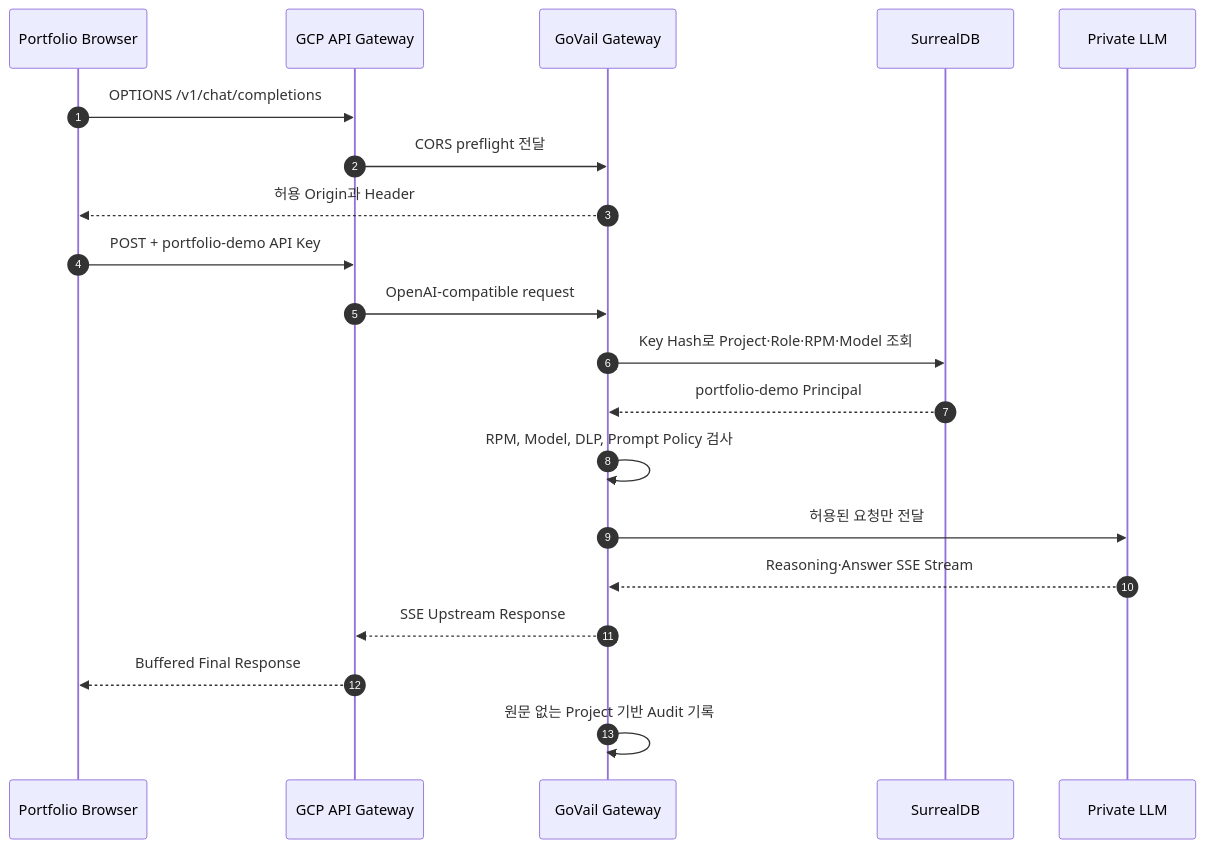
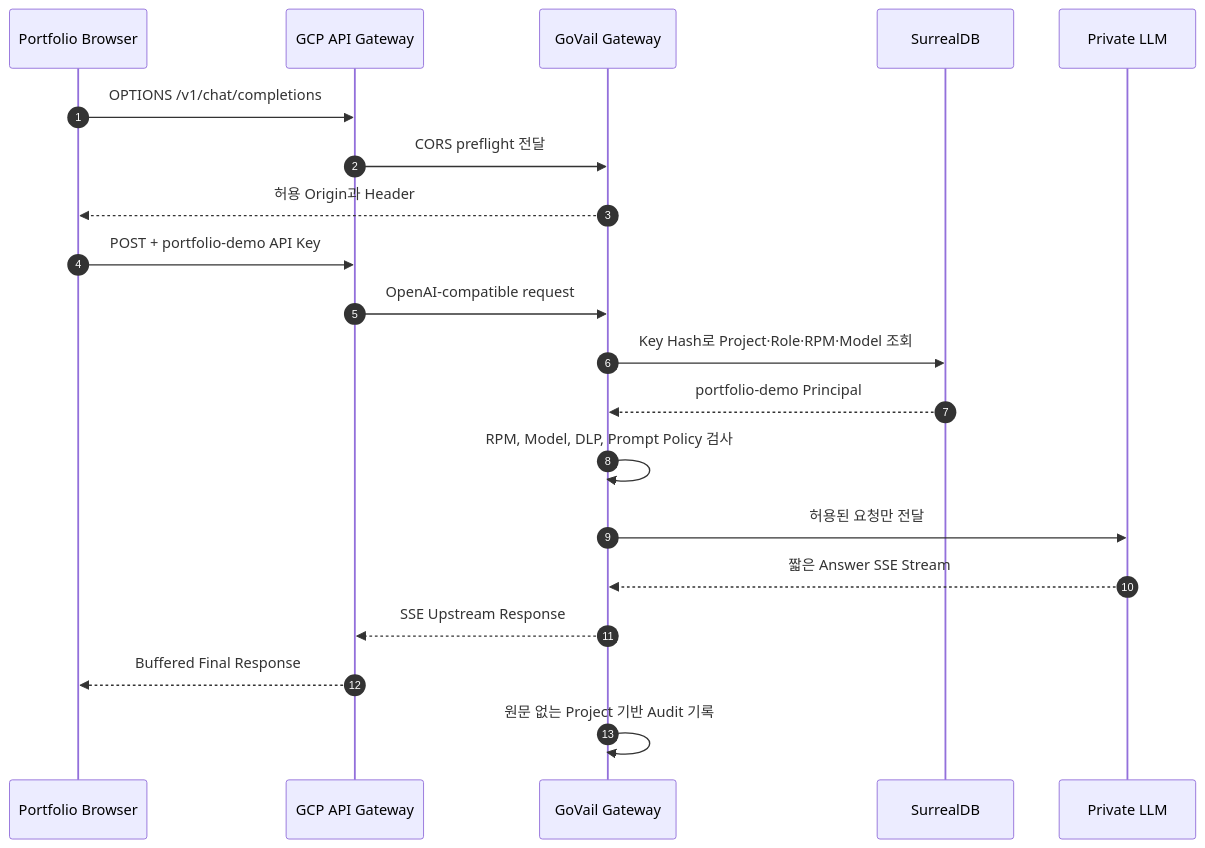
The fifth of 5 diagrams in architecture.md (devcy0922/devcy0922.github.io), drawn with Mermaid before and after one commit. The commit also changed other lines of this file and 3 other files, not shown here.

````diff
--- a/architecture.md
+++ b/architecture.md
@@ -139,23 +160,23 @@
 ```mermaid
 sequenceDiagram
     autonumber
     participant Browser as Portfolio Browser
     participant API as GCP API Gateway
     participant Gateway as GoVail Gateway
     participant DB as SurrealDB
     participant LLM as Private LLM
 
     Browser->>API: OPTIONS /v1/chat/completions
     API->>Gateway: CORS preflight 전달
     Gateway-->>Browser: 허용 Origin과 Header
     Browser->>API: POST + portfolio-demo API Key
     API->>Gateway: OpenAI-compatible request
     Gateway->>DB: Key Hash로 Project·Role·RPM·Model 조회
     DB-->>Gateway: portfolio-demo Principal
     Gateway->>Gateway: RPM, Model, DLP, Prompt Policy 검사
     Gateway->>LLM: 허용된 요청만 전달
-    LLM-->>Gateway: Reasoning·Answer SSE Stream
+    LLM-->>Gateway: 짧은 Answer SSE Stream
     Gateway-->>API: SSE Upstream Response
     API-->>Browser: Buffered Final Response
     Gateway->>Gateway: 원문 없는 Project 기반 Audit 기록
 ```
````
